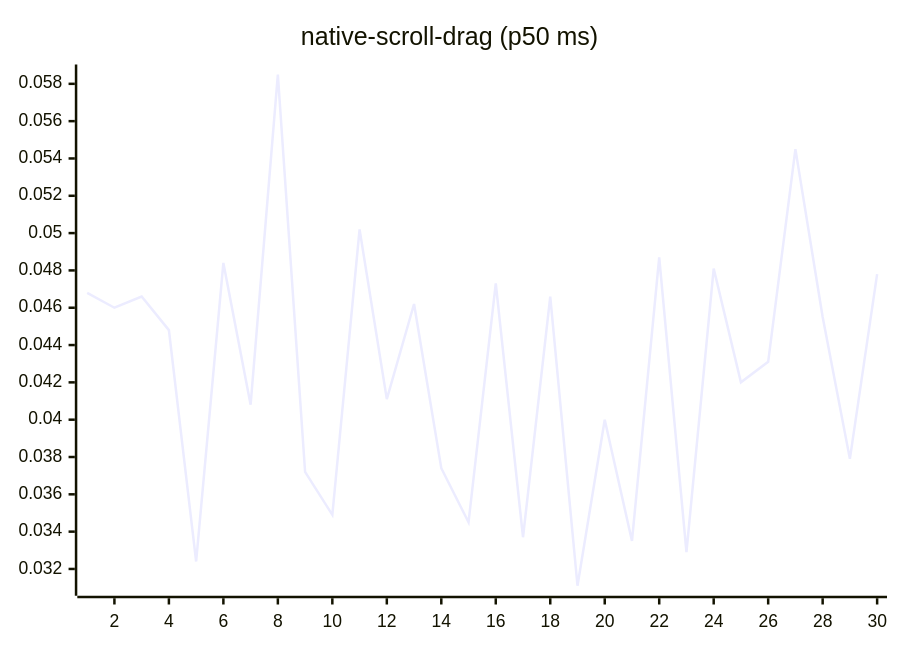
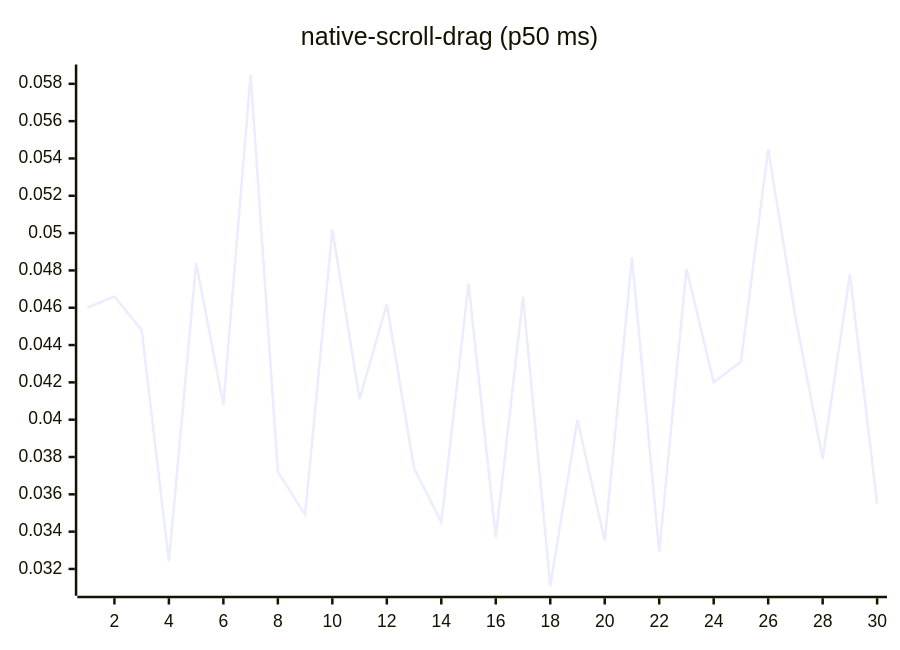
Before and after one commit to josha/Facet: diagram 14 of 27 in README.md, drawn with Mermaid. The commit also changed other lines of this file and 2 other files, not shown here.

````diff
--- a/README.md
+++ b/README.md
@@ -154,6 +154,6 @@
 ```mermaid
 xychart-beta
     title "native-scroll-drag (p50 ms)"
     x-axis 1 --> 30
-    line [0.0468, 0.0460, 0.0466, 0.0448, 0.0324, 0.0484, 0.0408, 0.0585, 0.0372, 0.0349, 0.0502, 0.0411, 0.0462, 0.0374, 0.0345, 0.0473, 0.0337, 0.0466, 0.0311, 0.0400, 0.0335, 0.0487, 0.0329, 0.0481, 0.0420, 0.0431, 0.0545, 0.0455, 0.0379, 0.0478]
+    line [0.0460, 0.0466, 0.0448, 0.0324, 0.0484, 0.0408, 0.0585, 0.0372, 0.0349, 0.0502, 0.0411, 0.0462, 0.0374, 0.0345, 0.0473, 0.0337, 0.0466, 0.0311, 0.0400, 0.0335, 0.0487, 0.0329, 0.0481, 0.0420, 0.0431, 0.0545, 0.0455, 0.0379, 0.0478, 0.0355]
 ```
````
